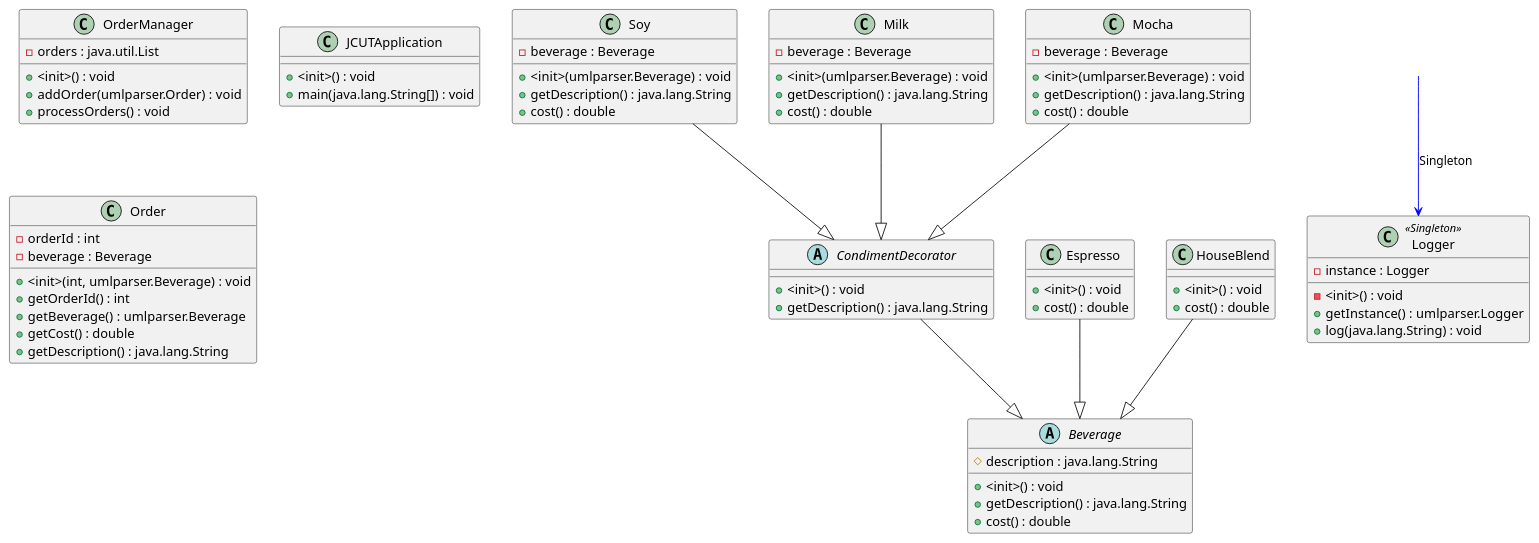
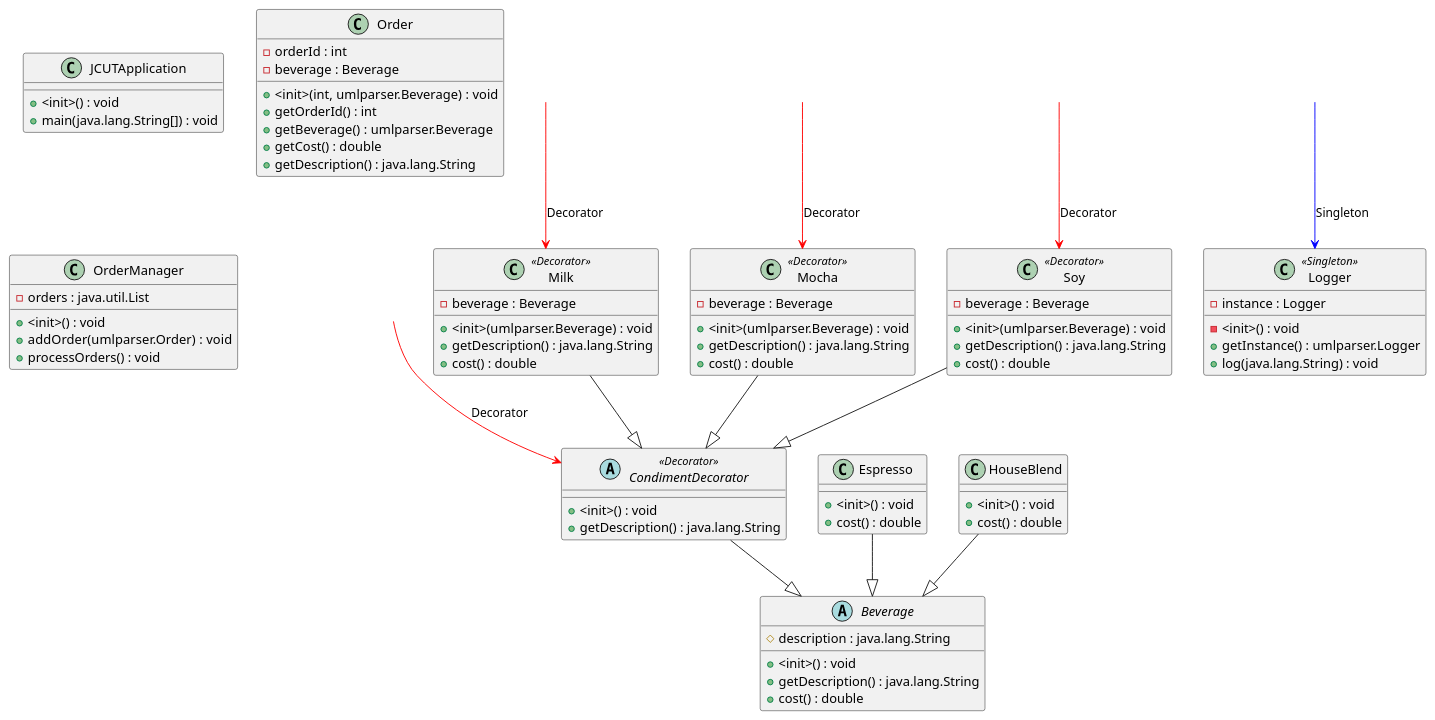
Before and after one commit to NateDKing/CSSE374-Grp5: the diagram in outputFiles/plantUML.plantuml, drawn with PlantUML. The commit also changed 2 other files, not shown here.

```diff
--- a/outputFiles/plantUML.plantuml
+++ b/outputFiles/plantUML.plantuml
@@ -1,83 +1,91 @@
 @startuml
 allowmixing
 abstract Beverage {
   # description : java.lang.String
   + <init>() : void
   + getDescription() : java.lang.String
   + cost() : double
 }
 
-class Soy {
-  - beverage : Beverage
-  + <init>(umlparser.Beverage) : void
-  + getDescription() : java.lang.String
-  + cost() : double
-}
-
-abstract CondimentDecorator {
+label " " as CondimentDecoratorLabel
+CondimentDecoratorLabel -[#red]-> CondimentDecorator : "Decorator"
+abstract CondimentDecorator <<Decorator>> {
   + <init>() : void
   + getDescription() : java.lang.String
 }
 
-class OrderManager {
-  - orders : java.util.List
+class Espresso {
   + <init>() : void
-  + addOrder(umlparser.Order) : void
-  + processOrders() : void
+  + cost() : double
+}
+
+class HouseBlend {
+  + <init>() : void
+  + cost() : double
 }
 
 class JCUTApplication {
   + <init>() : void
   + main(java.lang.String[]) : void
 }
 
 label " " as LoggerLabel
 LoggerLabel -[#blue]-> Logger : "Singleton"
 class Logger <<Singleton>> {
   - instance : Logger
   - <init>() : void
   + getInstance() : umlparser.Logger
   + log(java.lang.String) : void
 }
 
+label " " as MilkLabel
+MilkLabel -[#red]-> Milk : "Decorator"
+class Milk <<Decorator>> {
+  - beverage : Beverage
+  + <init>(umlparser.Beverage) : void
+  + getDescription() : java.lang.String
+  + cost() : double
+}
+
+label " " as MochaLabel
+MochaLabel -[#red]-> Mocha : "Decorator"
+class Mocha <<Decorator>> {
+  - beverage : Beverage
+  + <init>(umlparser.Beverage) : void
+  + getDescription() : java.lang.String
+  + cost() : double
+}
+
 class Order {
   - orderId : int
   - beverage : Beverage
   + <init>(int, umlparser.Beverage) : void
   + getOrderId() : int
   + getBeverage() : umlparser.Beverage
   + getCost() : double
   + getDescription() : java.lang.String
 }
 
-class Milk {
+class OrderManager {
+  - orders : java.util.List
+  + <init>() : void
+  + addOrder(umlparser.Order) : void
+  + processOrders() : void
+}
+
+label " " as SoyLabel
+SoyLabel -[#red]-> Soy : "Decorator"
+class Soy <<Decorator>> {
   - beverage : Beverage
   + <init>(umlparser.Beverage) : void
   + getDescription() : java.lang.String
   + cost() : double
 }
 
-class Mocha {
-  - beverage : Beverage
-  + <init>(umlparser.Beverage) : void
-  + getDescription() : java.lang.String
-  + cost() : double
-}
-
-class Espresso {
-  + <init>() : void
-  + cost() : double
-}
-
-class HouseBlend {
-  + <init>() : void
-  + cost() : double
-}
-
-Soy --|>CondimentDecorator
 CondimentDecorator --|>Beverage
+Espresso --|>Beverage
+HouseBlend --|>Beverage
 Milk --|>CondimentDecorator
 Mocha --|>CondimentDecorator
-Espresso --|>Beverage
-HouseBlend --|>Beverage
+Soy --|>CondimentDecorator
 @enduml
```
